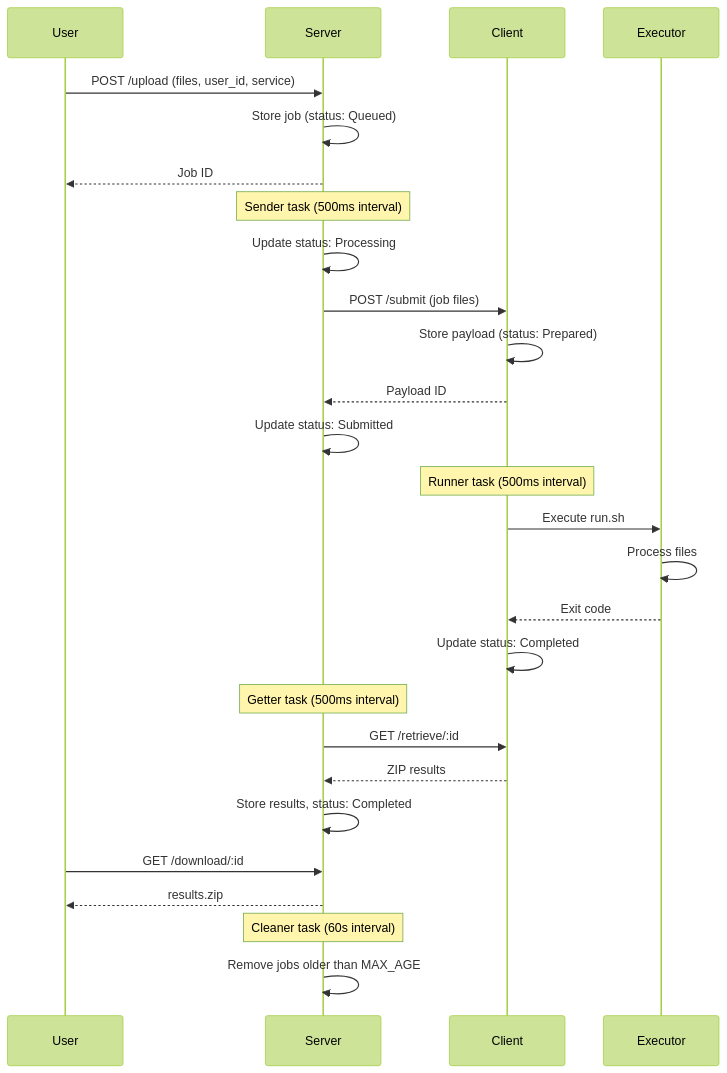
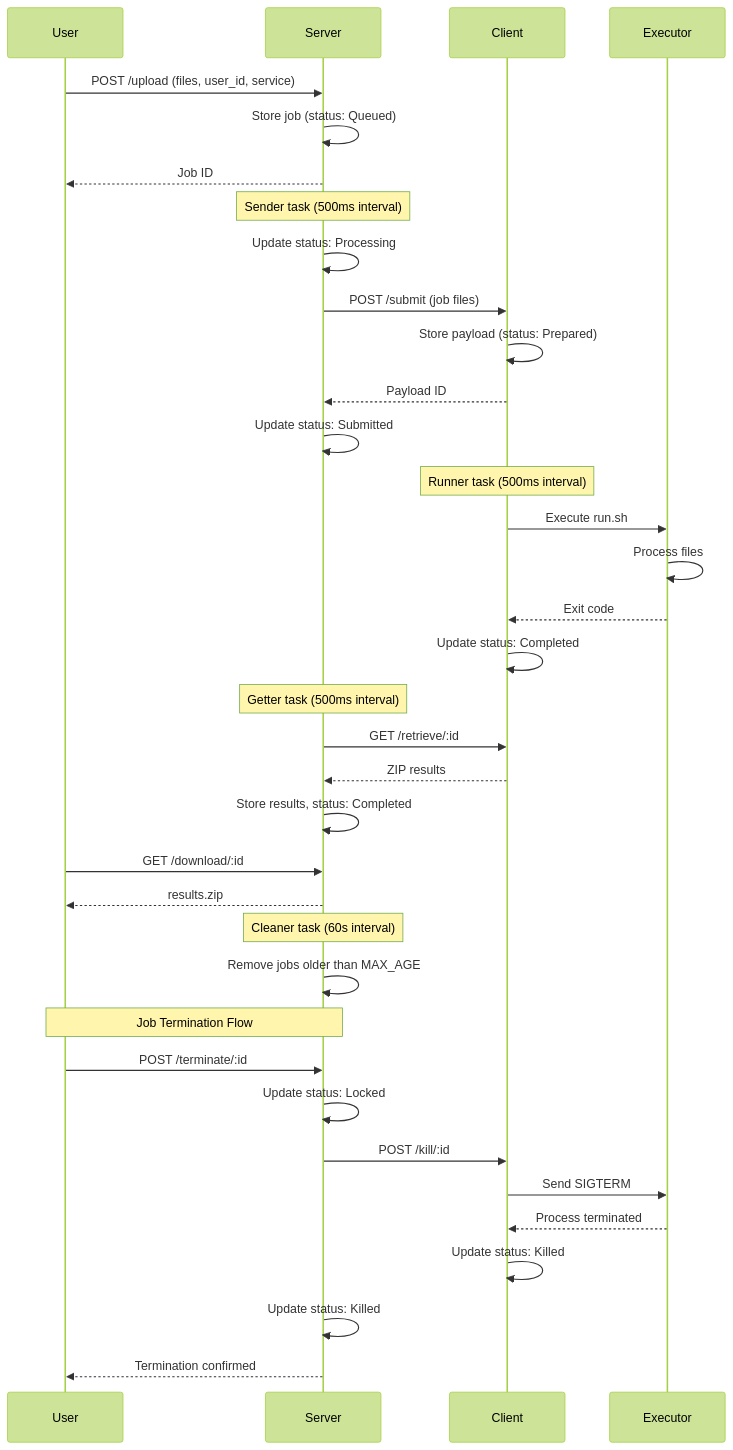
Before and after one commit to rvhonorato/job-orchestrator: the first of 2 diagrams in docs/src/architecture/job-lifecycle.md, drawn with Mermaid (forest theme). The commit also changed other lines of this file and 17 other files, not shown here.

First line of the commit message:
update documentation about job termination (#38)

````diff
--- a/docs/src/architecture/job-lifecycle.md
+++ b/docs/src/architecture/job-lifecycle.md
@@ -7,35 +7,45 @@
 ```mermaid
 sequenceDiagram
     participant User
     participant Server
     participant Client
     participant Executor
 
     User->>Server: POST /upload (files, user_id, service)
     Server->>Server: Store job (status: Queued)
     Server-->>User: Job ID
 
     Note over Server: Sender task (500ms interval)
     Server->>Server: Update status: Processing
     Server->>Client: POST /submit (job files)
     Client->>Client: Store payload (status: Prepared)
     Client-->>Server: Payload ID
     Server->>Server: Update status: Submitted
 
     Note over Client: Runner task (500ms interval)
     Client->>Executor: Execute run.sh
     Executor->>Executor: Process files
     Executor-->>Client: Exit code
     Client->>Client: Update status: Completed
 
     Note over Server: Getter task (500ms interval)
     Server->>Client: GET /retrieve/:id
     Client-->>Server: ZIP results
     Server->>Server: Store results, status: Completed
 
     User->>Server: GET /download/:id
     Server-->>User: results.zip
 
     Note over Server: Cleaner task (60s interval)
     Server->>Server: Remove jobs older than MAX_AGE
+
+    Note over User,Server: Job Termination Flow
+    User->>Server: POST /terminate/:id
+    Server->>Server: Update status: Locked
+    Server->>Client: POST /kill/:id
+    Client->>Executor: Send SIGTERM
+    Executor-->>Client: Process terminated
+    Client->>Client: Update status: Killed
+    Server->>Server: Update status: Killed
+    Server-->>User: Termination confirmed
 ```
````
